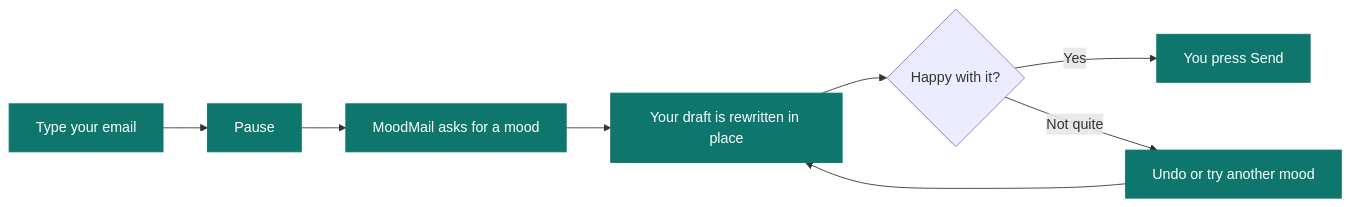
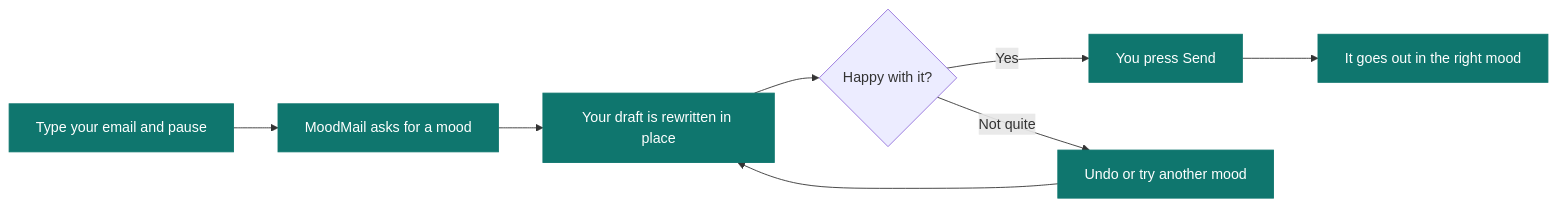
Before and after one commit to moazzanimran2007/moodmail: the first of 2 diagrams in README.md, drawn with Mermaid.

Commit message:
Keep the README flow diagram clear of GitHub's zoom controls

````diff
--- a/README.md
+++ b/README.md
@@ -38,13 +38,13 @@
 ```mermaid
 flowchart LR
-    A["Type your email"] --> B["Pause"]
-    B --> C["MoodMail asks for a mood"]
+    A["Type your email and pause"] --> C["MoodMail asks for a mood"]
     C --> D["Your draft is rewritten in place"]
     D --> E{"Happy with it?"}
     E -- "Yes" --> F["You press Send"]
     E -- "Not quite" --> G["Undo or try another mood"]
     G --> D
+    F --> H["It goes out in the right mood"]
 
     classDef step fill:#0f766e,stroke:#0f766e,color:#ffffff
-    class A,B,C,D,F,G step
+    class A,C,D,F,G,H step
 ```
````
